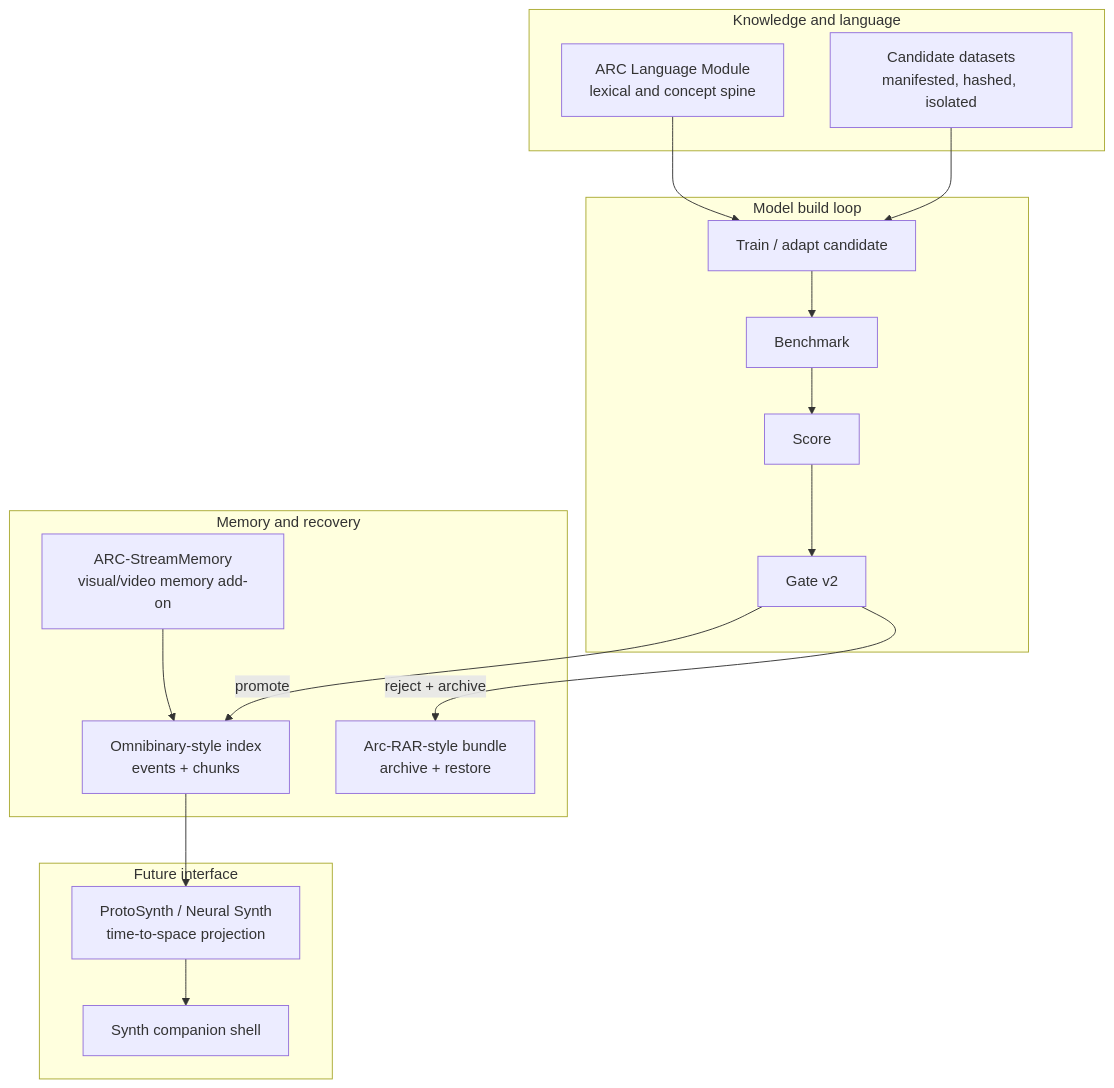
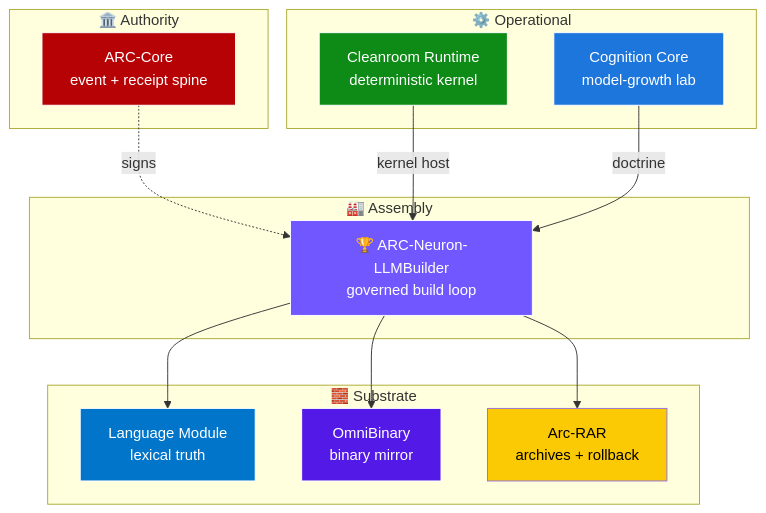
One commit to GareBear99/ARC-Neuron-LLMBuilder changed the second of 4 diagrams in README.md. Above: the diagram before and after it, drawn with Mermaid. The commit also changed other lines of this file and 7 other files, not shown here.

````diff
--- a/README.md
+++ b/README.md
@@ -153,33 +148,33 @@
 ```mermaid
 flowchart TB
-    subgraph knowledge["Knowledge and language"]
-        LM[ARC Language Module\nlexical and concept spine]
-        DATA[Candidate datasets\nmanifested, hashed, isolated]
+    subgraph authority ["🏛️ Authority"]
+        AC[ARC-Core<br/>event + receipt spine]
+    end
+    subgraph ops ["⚙️ Operational"]
+        CR[Cleanroom Runtime<br/>deterministic kernel]
+        CC[Cognition Core<br/>model-growth lab]
+    end
+    subgraph assembly ["🏭 Assembly"]
+        LLM[🏆 ARC-Neuron-LLMBuilder<br/>governed build loop]
+    end
+    subgraph substrate ["🧱 Substrate"]
+        LM[Language Module<br/>lexical truth]
+        OB[OmniBinary<br/>binary mirror]
+        AR[Arc-RAR<br/>archives + rollback]
     end
 
-    subgraph build["Model build loop"]
-        TRAIN[Train / adapt candidate]
-        BENCH[Benchmark]
-        SCORE[Score]
-        GATE[Gate v2]
-    end
+    AC -.signs.-> LLM
+    CR -->|kernel host| LLM
+    CC -->|doctrine| LLM
+    LLM --> LM
+    LLM --> OB
+    LLM --> AR
 
-    subgraph memory["Memory and recovery"]
-        OB[Omnibinary-style index\nevents + chunks]
-        AR[Arc-RAR-style bundle\narchive + restore]
-        SM[ARC-StreamMemory\nvisual/video memory add-on]
-    end
-
-    subgraph interface["Future interface"]
-        NS[ProtoSynth / Neural Synth\ntime-to-space projection]
-        COMP[Synth companion shell]
-    end
-
-    LM --> TRAIN
-    DATA --> TRAIN
-    TRAIN --> BENCH --> SCORE --> GATE
-    GATE -->|promote| OB
-    GATE -->|reject + archive| AR
-    SM --> OB
-    OB --> NS --> COMP
+    style LLM fill:#7057ff,stroke:#fff,color:#fff
+    style AC fill:#b60205,stroke:#fff,color:#fff
+    style CR fill:#0e8a16,stroke:#fff,color:#fff
+    style CC fill:#1d76db,stroke:#fff,color:#fff
+    style LM fill:#0075ca,stroke:#fff,color:#fff
+    style OB fill:#5319e7,stroke:#fff,color:#fff
+    style AR fill:#fbca04,color:#000
 ```
````
